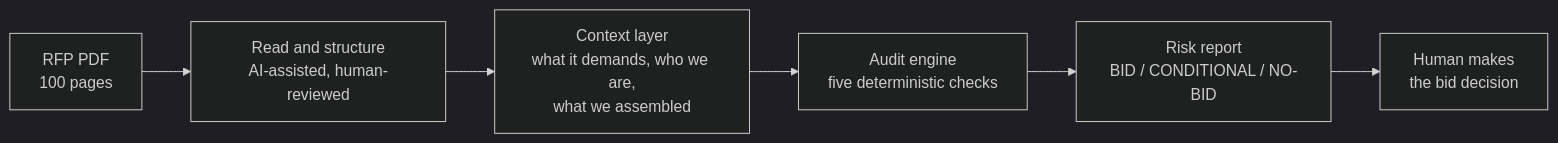
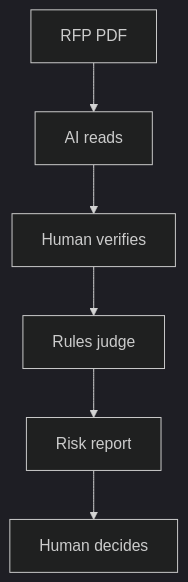
One commit to ajal2/tender-copilot changed the diagram in README.md. Above: the diagram before and after it, drawn with Mermaid (dark theme). The commit also changed other lines of this file, not shown here.

Commit message:
Bigger, simpler flow diagram

````diff
--- a/README.md
+++ b/README.md
@@ -68,8 +68,8 @@
 ```mermaid
-flowchart LR
-    A["RFP PDF<br>100 pages"] --> B["Read and structure<br>AI-assisted, human-reviewed"]
-    B --> C["Context layer<br>what it demands, who we are,<br>what we assembled"]
-    C --> D["Audit engine<br>five deterministic checks"]
-    D --> E["Risk report<br>BID / CONDITIONAL / NO-BID"]
-    E --> F["Human makes<br>the bid decision"]
+flowchart TB
+    A[RFP PDF] --> B[AI reads]
+    B --> C[Human verifies]
+    C --> D[Rules judge]
+    D --> E[Risk report]
+    E --> F[Human decides]
 ```
````
